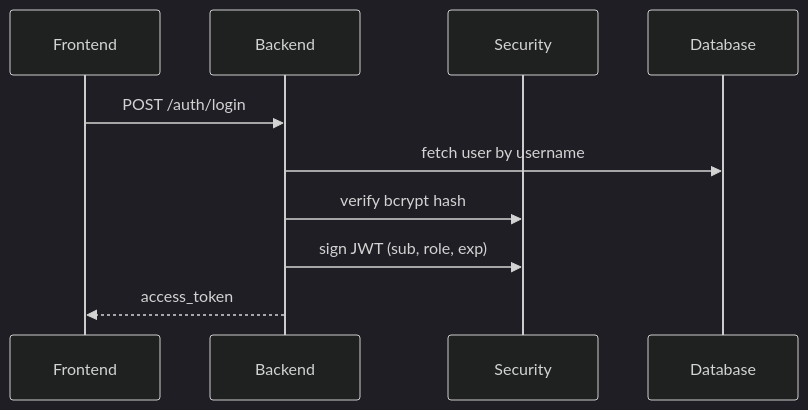
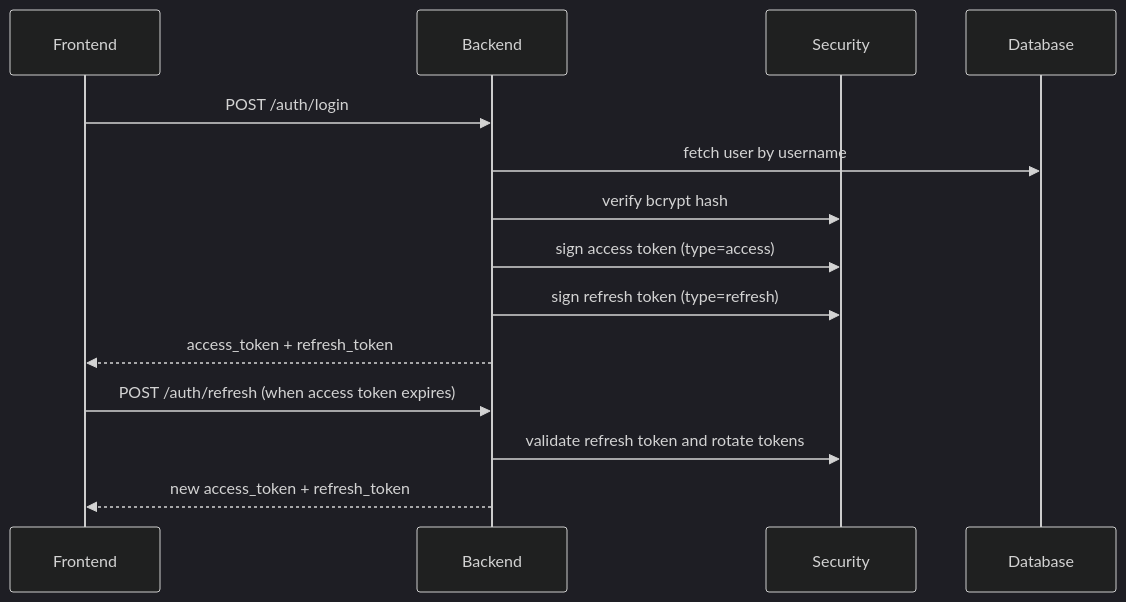
The fourth of 8 diagrams in ARCHITECTURE.md (shivendrapate/Task-1-Patient-Management-System-), drawn with Mermaid (dark theme) before and after one commit. The commit also changed other lines of this file and 26 other files, not shown here.

````diff
--- a/ARCHITECTURE.md
+++ b/ARCHITECTURE.md
@@ -89,13 +89,17 @@
 ```mermaid
 sequenceDiagram
     participant FE as Frontend
     participant API as Backend
     participant SEC as Security
     participant DB as Database
 
     FE->>API: POST /auth/login
     API->>DB: fetch user by username
     API->>SEC: verify bcrypt hash
-    API->>SEC: sign JWT (sub, role, exp)
-    API-->>FE: access_token
+    API->>SEC: sign access token (type=access)
+    API->>SEC: sign refresh token (type=refresh)
+    API-->>FE: access_token + refresh_token
+    FE->>API: POST /auth/refresh (when access token expires)
+    API->>SEC: validate refresh token and rotate tokens
+    API-->>FE: new access_token + refresh_token
 ```
````
